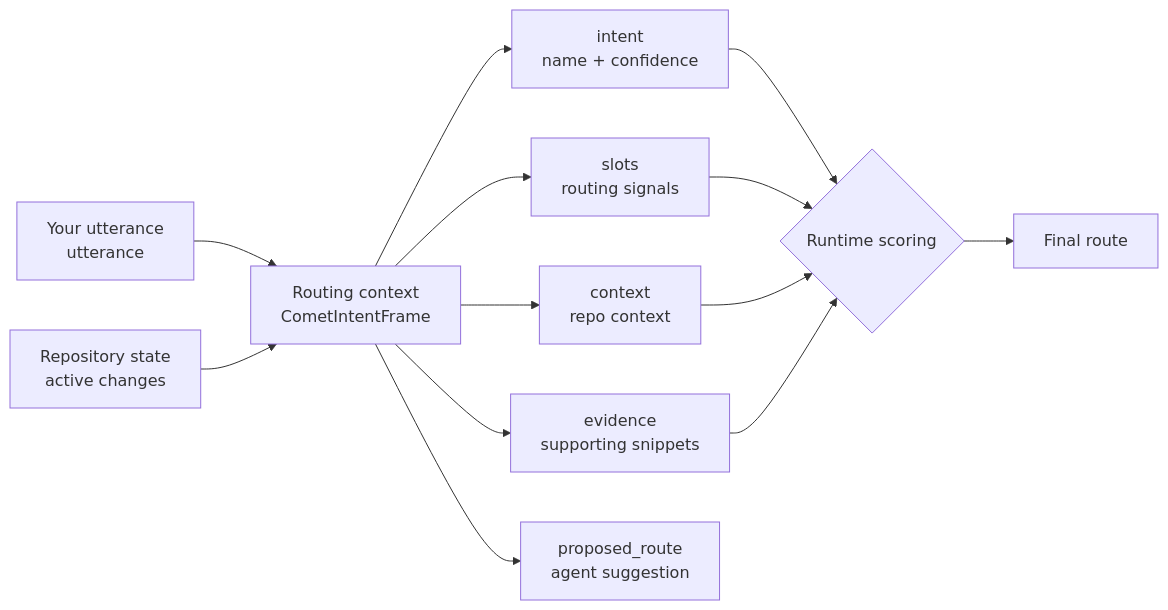
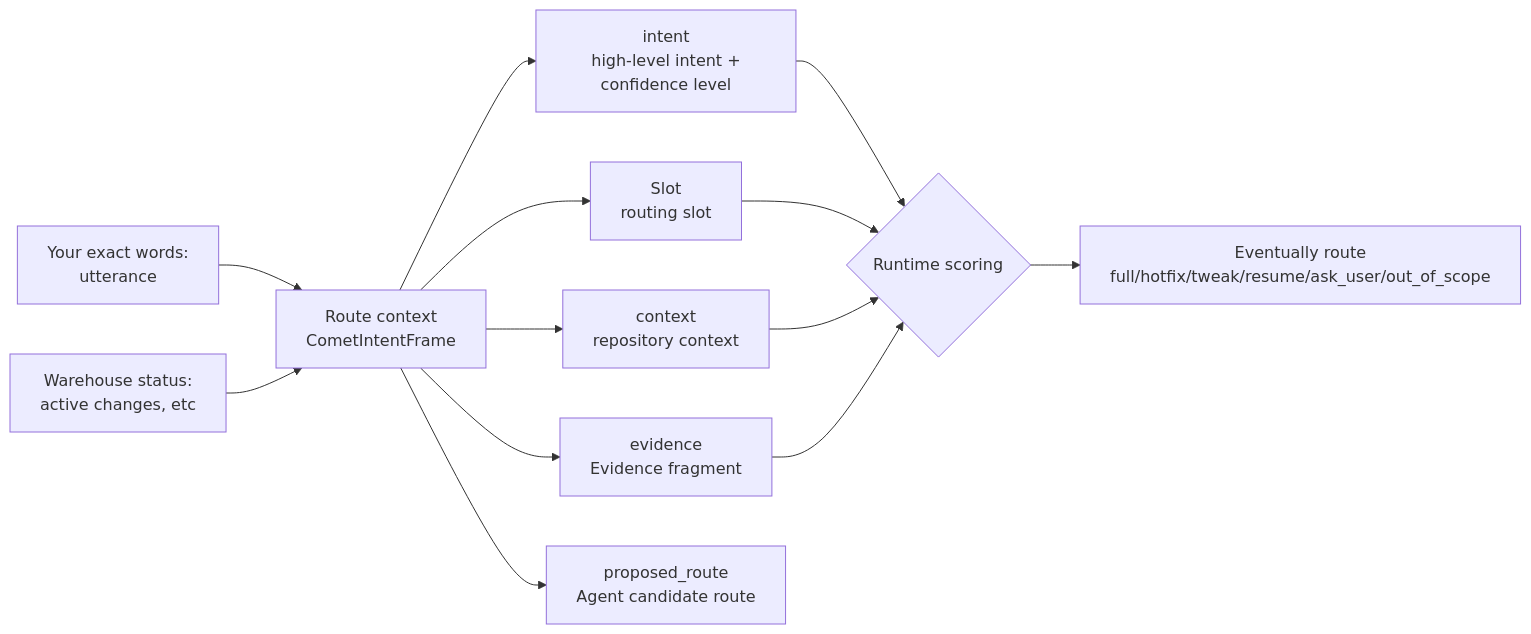
Before and after one commit to rpamis/comet-website-docs: the first of 2 diagrams in en/concepts/intent-routing.mdx, drawn with Mermaid. The commit also changed other lines of this file and 158 other files, not shown here.

````diff
--- a/en/concepts/intent-routing.mdx
+++ b/en/concepts/intent-routing.mdx
@@ -58,15 +63,15 @@
 ```mermaid
 flowchart LR
-    U["Your utterance<br/>utterance"] --> F["Routing context<br/>CometIntentFrame"]
-    R["Repository state<br/>active changes"] --> F
-    F --> I["intent<br/>name + confidence"]
-    F --> S["slots<br/>routing signals"]
-    F --> C["context<br/>repo context"]
-    F --> E["evidence<br/>supporting snippets"]
-    F --> P["proposed_route<br/>agent suggestion"]
+    U["Your exact words: <br/>utterance"] --> F["Route context <br/>CometIntentFrame"]
+    R["Warehouse status: <br/>active changes, etc"] --> F
+    F --> I["intent<br/> high-level intent + confidence level"]
+    F --> S["Slot <br/> routing slot"]
+    F --> C["context<br/> repository context"]
+    F --> E["evidence<br/> Evidence fragment"]
+    F --> P["proposed_route<br/>Agent candidate route"]
     I --> RT{"Runtime scoring"}
     S --> RT
     C --> RT
     E --> RT
-    RT --> O["Final route"]
+    RT --> O["Eventually route<br/>full/hotfix/tweak/resume/ask_user/out_of_scope"]
 ```
````
